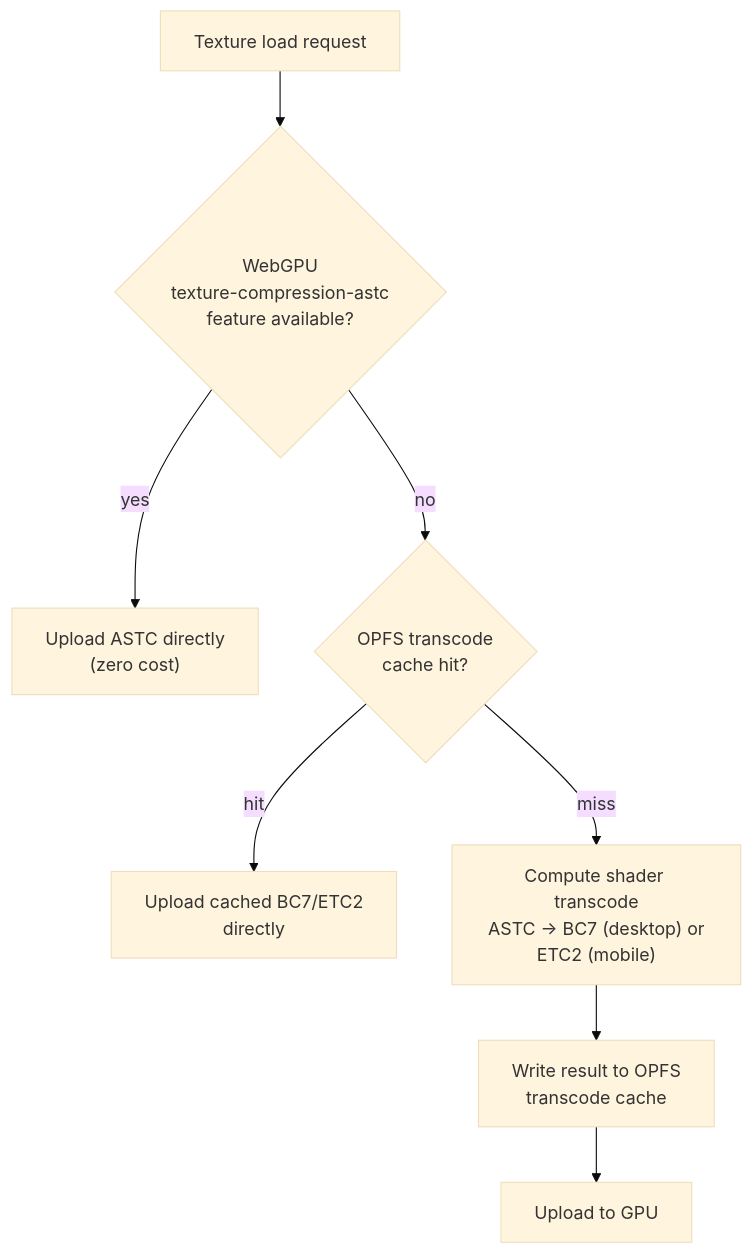
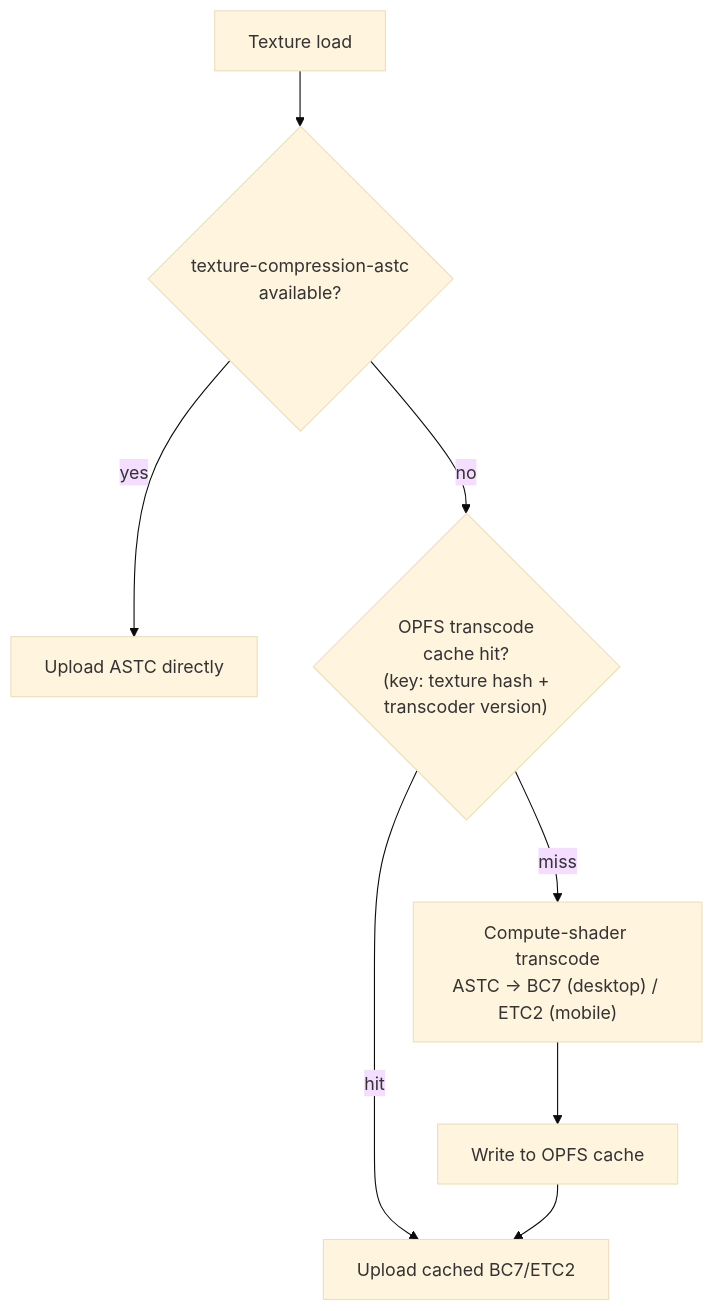
One commit to helloimthesigma-blip/Voland changed the eighth of 15 diagrams in docs/DESIGN.md. Above: the diagram before and after it, drawn with Mermaid (base theme). The commit also changed other lines of this file, not shown here.

First line of the commit message:
docs: correct DESIGN.md web-platform-API claims verified against a real toolchain

````diff
--- a/docs/DESIGN.md
+++ b/docs/DESIGN.md
@@ -1342,19 +1315,17 @@
 ```mermaid
 flowchart TD
-    LOAD["Texture load request"]
-    CHECK{"WebGPU<br/>texture-compression-astc<br/>feature available?"}
-    DIRECT["Upload ASTC directly<br/>(zero cost)"]
-    CACHE{"OPFS transcode<br/>cache hit?"}
-    UPCACHED["Upload cached BC7/ETC2<br/>directly"]
-    CS["Compute shader transcode<br/>ASTC → BC7 (desktop) or<br/>ETC2 (mobile)"]
-    WRITE["Write result to OPFS<br/>transcode cache"]
-    UPLOAD["Upload to GPU"]
+    LOAD["Texture load"]
+    CHECK{"texture-compression-astc<br/>available?"}
+    DIRECT["Upload ASTC directly"]
+    CACHE{"OPFS transcode<br/>cache hit?<br/>(key: texture hash +<br/>transcoder version)"}
+    UP2["Upload cached BC7/ETC2"]
+    CS["Compute-shader transcode<br/>ASTC → BC7 (desktop) / ETC2 (mobile)"]
+    W["Write to OPFS cache"]
 
     LOAD --> CHECK
     CHECK -->|yes| DIRECT
     CHECK -->|no| CACHE
-    CACHE -->|hit| UPCACHED
+    CACHE -->|hit| UP2
     CACHE -->|miss| CS
-    CS --> WRITE
-    WRITE --> UPLOAD
+    CS --> W --> UP2
 ```
````
